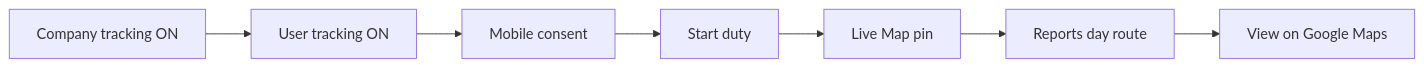
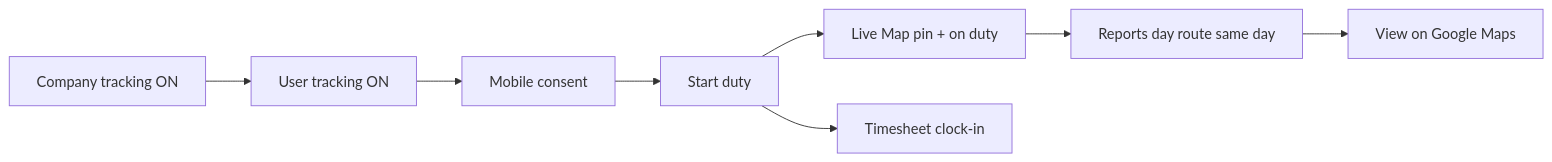
Before and after one commit to rvchauhan99/techhind-solar-web: the diagram in docs/BA_LOCATION_TRACKING_MODULE_TESTING.md, drawn with Mermaid. The commit also changed other lines of this file, not shown here.

````diff
--- a/docs/BA_LOCATION_TRACKING_MODULE_TESTING.md
+++ b/docs/BA_LOCATION_TRACKING_MODULE_TESTING.md
@@ -29,9 +31,10 @@
 ```mermaid
 flowchart LR
   companyOn[Company tracking ON] --> userOn[User tracking ON]
   userOn --> consent[Mobile consent]
   consent --> startDuty[Start duty]
-  startDuty --> liveMap[Live Map pin]
-  liveMap --> reports[Reports day route]
+  startDuty --> liveMap[Live Map pin + on duty]
+  startDuty --> timesheet[Timesheet clock-in]
+  liveMap --> reports[Reports day route same day]
   reports --> googleMaps[View on Google Maps]
 ```
````
